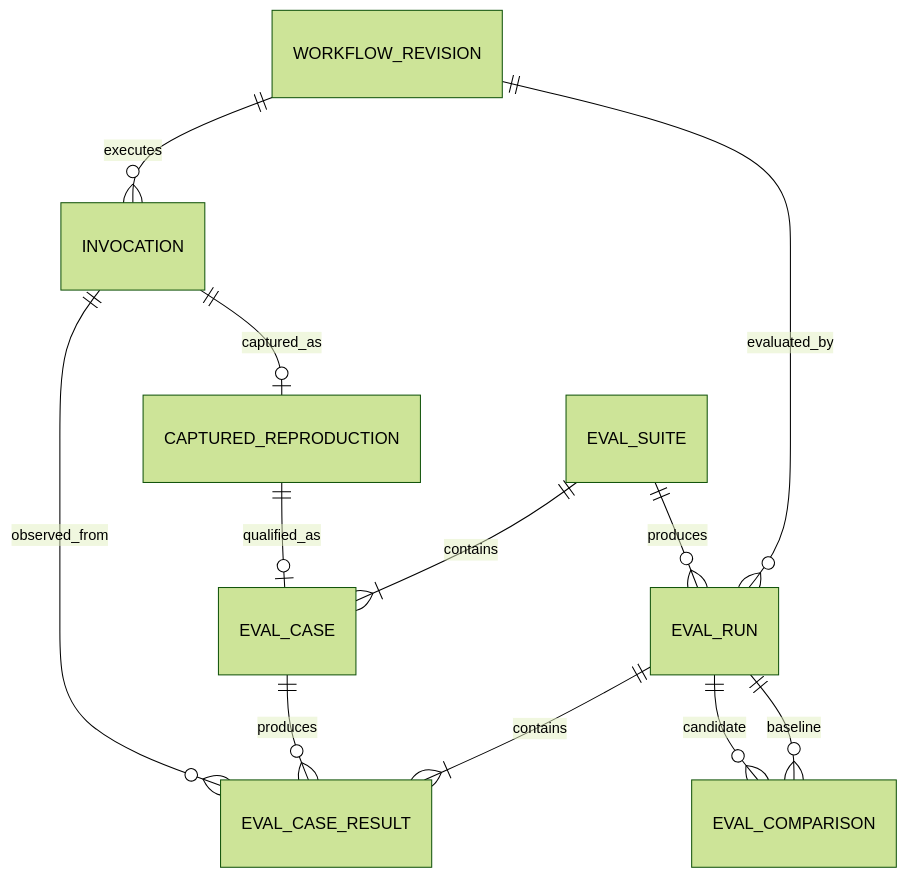
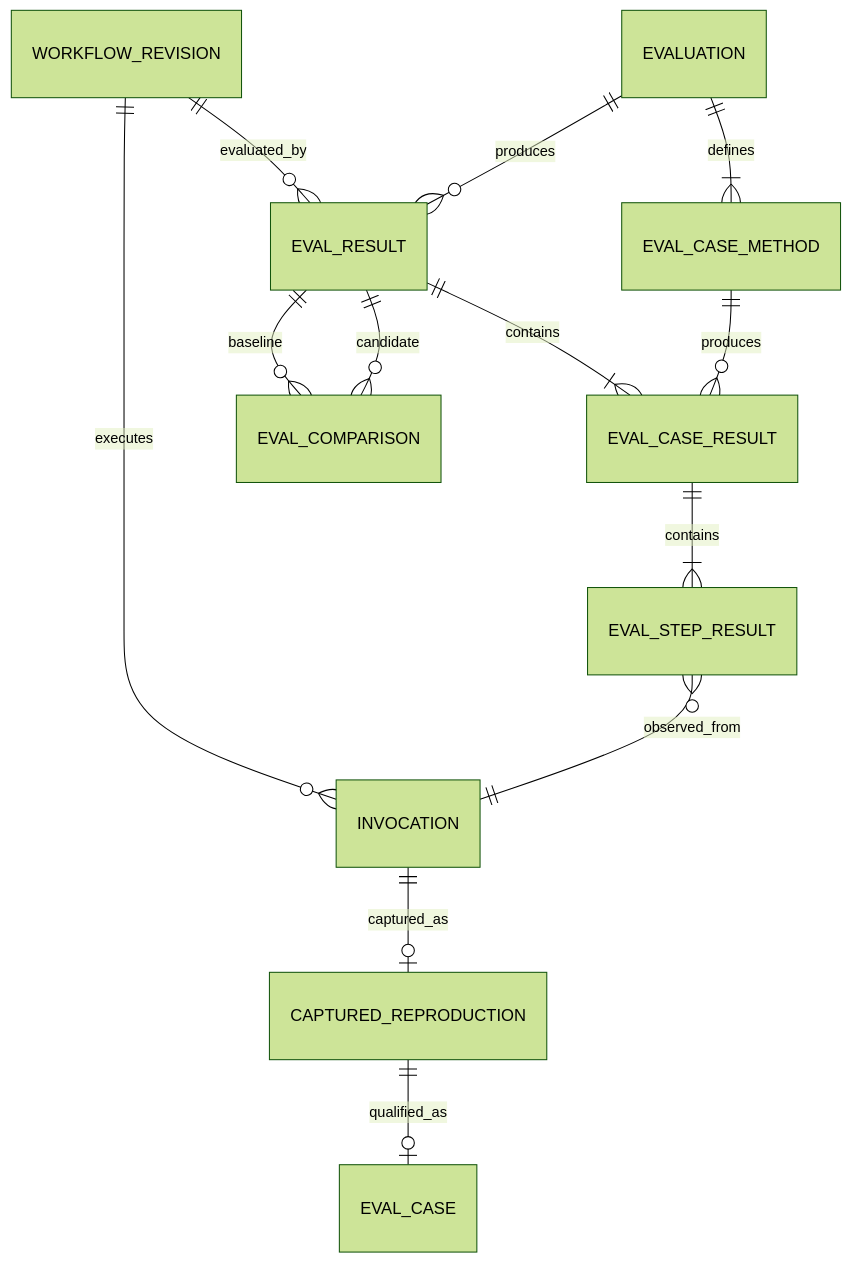
Before and after one commit to lilislight/AutoAgent: the fourth of 4 diagrams in MVP2.md, drawn with Mermaid (forest theme). The commit also changed other lines of this file and 8 other files, not shown here.

Commit message:
Add public Workflow evaluation contracts

````diff
--- a/MVP2.md
+++ b/MVP2.md
@@ -194,18 +200,19 @@
 ```mermaid
 erDiagram
     WORKFLOW_REVISION ||--o{ INVOCATION : executes
-    WORKFLOW_REVISION ||--o{ EVAL_RUN : evaluated_by
+    WORKFLOW_REVISION ||--o{ EVAL_RESULT : evaluated_by
 
-    EVAL_SUITE ||--|{ EVAL_CASE : contains
-    EVAL_SUITE ||--o{ EVAL_RUN : produces
+    EVALUATION ||--|{ EVAL_CASE_METHOD : defines
+    EVALUATION ||--o{ EVAL_RESULT : produces
 
-    EVAL_RUN ||--|{ EVAL_CASE_RESULT : contains
-    EVAL_CASE ||--o{ EVAL_CASE_RESULT : produces
-    EVAL_CASE_RESULT }o--|| INVOCATION : observed_from
+    EVAL_RESULT ||--|{ EVAL_CASE_RESULT : contains
+    EVAL_CASE_METHOD ||--o{ EVAL_CASE_RESULT : produces
+    EVAL_CASE_RESULT ||--|{ EVAL_STEP_RESULT : contains
+    EVAL_STEP_RESULT }o--|| INVOCATION : observed_from
 
     INVOCATION ||--o| CAPTURED_REPRODUCTION : captured_as
     CAPTURED_REPRODUCTION ||--o| EVAL_CASE : qualified_as
 
-    EVAL_RUN ||--o{ EVAL_COMPARISON : baseline
-    EVAL_RUN ||--o{ EVAL_COMPARISON : candidate
+    EVAL_RESULT ||--o{ EVAL_COMPARISON : baseline
+    EVAL_RESULT ||--o{ EVAL_COMPARISON : candidate
 ```
````
